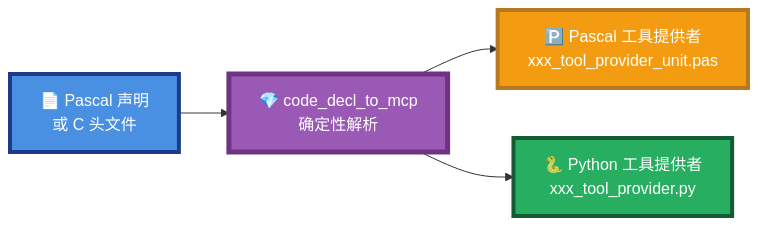
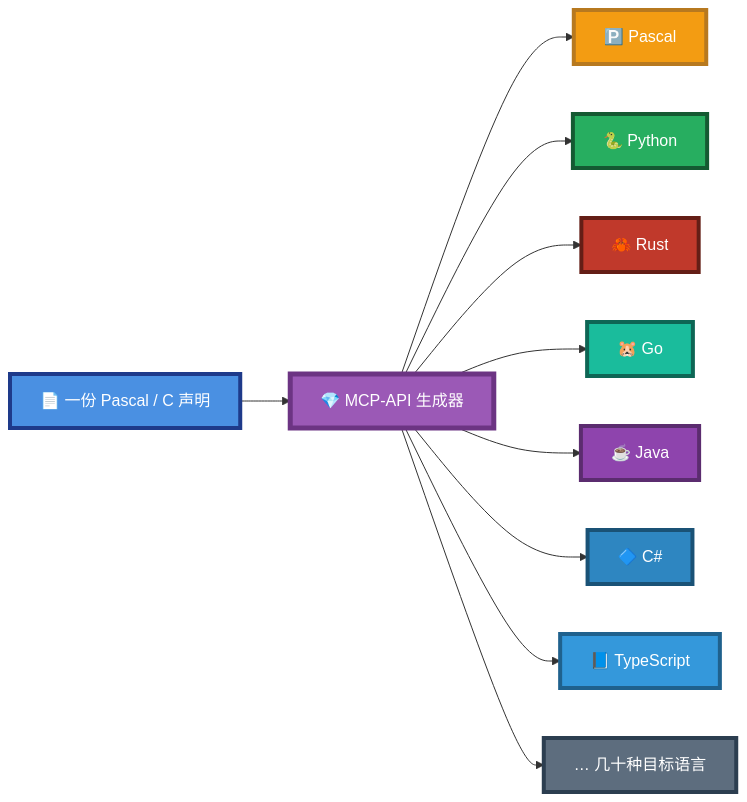
One commit to PassByYou888/LingoFuse-pasAgent-v3 changed the third of 10 diagrams in readme.md. Above: the diagram before and after it, drawn with Mermaid. The commit also changed other lines of this file and 83 other files, not shown here.

````diff
--- a/readme.md
+++ b/readme.md
@@ -188,11 +215,23 @@
 ```mermaid
 flowchart LR
-    A["📄 Pascal 声明<br/>或 C 头文件"] --> B["💎 code_decl_to_mcp<br/>确定性解析"]
-    B --> C1["🅿️ Pascal 工具提供者<br/>xxx_tool_provider_unit.pas"]
-    B --> C2["🐍 Python 工具提供者<br/>xxx_tool_provider.py"]
+    A["📄 一份 Pascal / C 声明"] --> B["💎 MCP-API 生成器"]
+    B --> C1["🅿️ Pascal"]
+    B --> C2["🐍 Python"]
+    B --> C3["🦀 Rust"]
+    B --> C4["🐹 Go"]
+    B --> C5["☕ Java"]
+    B --> C6["🔷 C#"]
+    B --> C7["📘 TypeScript"]
+    B --> C8["… 几十种目标语言"]
 
     style A fill:#4A90E2,stroke:#1E3A8A,stroke-width:4px,color:#FFFFFF
     style B fill:#9B59B6,stroke:#6C3483,stroke-width:5px,color:#FFFFFF
     style C1 fill:#F39C12,stroke:#B7791F,stroke-width:4px,color:#FFFFFF
     style C2 fill:#27AE60,stroke:#145A32,stroke-width:4px,color:#FFFFFF
+    style C3 fill:#C0392B,stroke:#641E16,stroke-width:4px,color:#FFFFFF
+    style C4 fill:#1ABC9C,stroke:#0E6655,stroke-width:4px,color:#FFFFFF
+    style C5 fill:#8E44AD,stroke:#5B2C6F,stroke-width:4px,color:#FFFFFF
+    style C6 fill:#2E86C1,stroke:#1A5276,stroke-width:4px,color:#FFFFFF
+    style C7 fill:#3498DB,stroke:#1F618D,stroke-width:4px,color:#FFFFFF
+    style C8 fill:#5D6D7E,stroke:#2C3E50,stroke-width:4px,color:#FFFFFF
 ```
````
